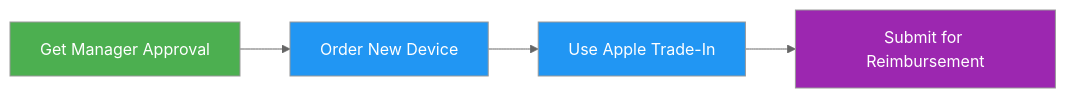
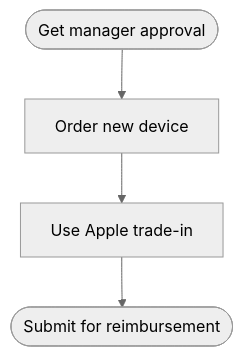
The first of 2 diagrams in docs/en/faq/index.md (ultralytics/handbook), drawn with Mermaid (neutral theme) before and after one commit. The commit also changed other lines of this file and 16 other files, not shown here.

Commit message:
Migrate handbook Mermaid diagrams to the unified design system (#363)

````diff
--- a/docs/en/faq/index.md
+++ b/docs/en/faq/index.md
@@ -181,10 +181,6 @@
     ```mermaid
-    graph LR
-        A[Get Manager Approval]:::start --> B[Order New Device]:::proc
-        B --> C[Use Apple Trade-In]:::proc
-        C --> D[Submit for Reimbursement]:::out
-
-        classDef start fill:#4CAF50,color:#fff
-        classDef proc fill:#2196F3,color:#fff
-        classDef out fill:#9C27B0,color:#fff
+    flowchart TD
+        A([Get manager approval]) --> B[Order new device]
+        B --> C[Use Apple trade-in]
+        C --> D([Submit for reimbursement])
     ```
````
